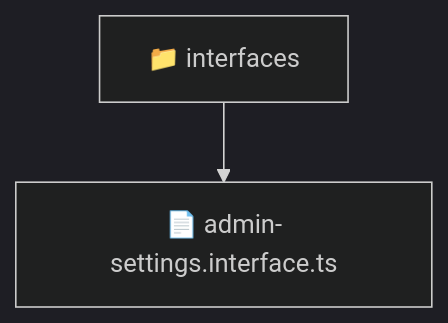
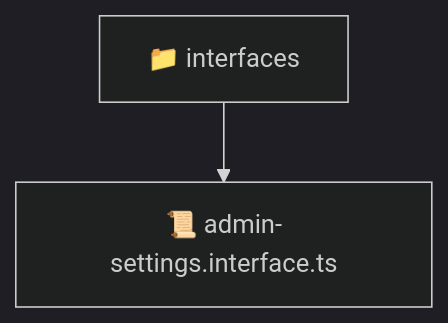
The diagram in backend/src/modules/admin-settings/domain/interfaces/README.md (beginwebdev2002/fullstack-mavluda), drawn with Mermaid (dark theme) before and after one commit. The commit also changed other lines of this file and 163 other files, not shown here.

````diff
--- a/backend/src/modules/admin-settings/domain/interfaces/README.md
+++ b/backend/src/modules/admin-settings/domain/interfaces/README.md
@@ -9,5 +9,5 @@
 ```mermaid
 graph TD
-  Root["📁 interfaces"]
-  Root --> admin_settings_interface_ts["📄 admin-settings.interface.ts"]
+  interfaces["📁 interfaces"]
+  interfaces --> admin_settings_interface_ts["📜 admin-settings.interface.ts"]
 ```
````
